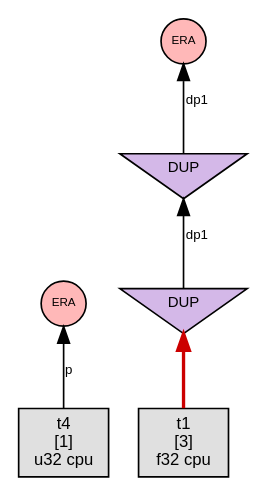
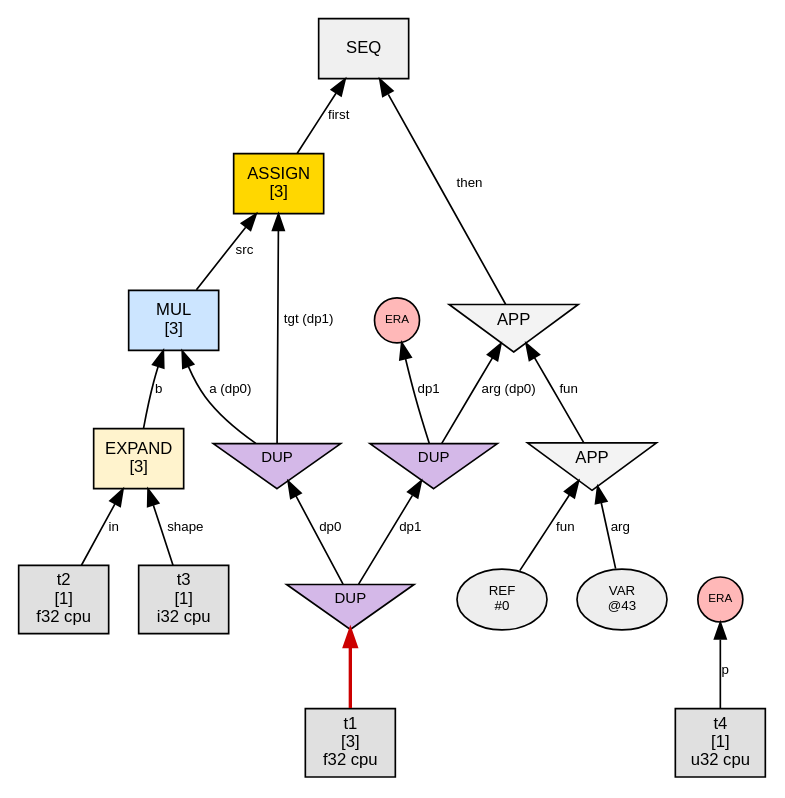
The diagram in phase1_graphs/loop_assign_simple/n2_steps/step_007_interact_VAR.dot (sw1sh/TinyHVM), drawn with Graphviz before and after one commit. The commit also changed 113 other files, not shown here.

First line of the commit message:
fix: step graph quality — init highlight, TAG_SEQ, checker rules

```diff
--- a/phase1_graphs/loop_assign_simple/n2_steps/step_007_interact_VAR.dot
+++ b/phase1_graphs/loop_assign_simple/n2_steps/step_007_interact_VAR.dot
@@ -1,18 +1,42 @@
 digraph G {
   // PREV_INTERACTION: interact_VAR
   // NEXT_INTERACTION: interact_DP1
   rankdir=BT;
   node [fontname="Helvetica", fontsize=10, style=filled, shape=box, margin="0.1,0.05"];
   edge [fontsize=8, fontname="Helvetica"];
 
+  n45 [label="SEQ", shape=box, fillcolor="#f0f0f0"];
+  n47 -> n45 [label="first"];
+  n54 -> n45 [label="then"];
+  n47 [label="ASSIGN\n[3]", shape=box, fillcolor="#ffd700"];
+  dup49 [label="DUP", shape=invtriangle, fillcolor="#d4b8e8", fontsize=9, width=0.7, height=0.5];
+  dup42 -> dup49 [label="dp0"];
+  dup42 [label="DUP", shape=invtriangle, fillcolor="#d4b8e8", fontsize=9, width=0.7, height=0.5];
+  t1 [label="t1\n[3]\nf32 cpu",shape=box,fillcolor="#e0e0e0"];
+  t1 -> dup42 [color="#cc0000",penwidth=2.0];
+  dup49 -> n47 [label="tgt (dp1)"];
+  n50 -> n47 [label="src"];
+  n54 [label="APP", shape=invtriangle, fillcolor="#f3f3f3"];
+  n56 -> n54 [label="fun"];
+  dup41 [label="DUP", shape=invtriangle, fillcolor="#d4b8e8", fontsize=9, width=0.7, height=0.5];
+  dup42 -> dup41 [label="dp1"];
+  dup41 -> n54 [label="arg (dp0)"];
+  n50 [label="MUL\n[3]", shape=box, fillcolor="#cce5ff"];
+  dup49 -> n50 [label="a (dp0)"];
+  n52 -> n50 [label="b"];
+  n52 [label="EXPAND\n[3]", shape=box, fillcolor="#fff3cd"];
+  t2 [label="t2\n[1]\nf32 cpu",shape=box,fillcolor="#e0e0e0"];
+  t2 -> n52 [label="in"];
+  t3 [label="t3\n[1]\ni32 cpu",shape=box,fillcolor="#e0e0e0"];
+  t3 -> n52 [label="shape"];
+  n56 [label="APP", shape=invtriangle, fillcolor="#f3f3f3"];
+  ref56 [label="REF\n#0", shape=oval, fillcolor="#eeeeee", fontsize=8];
+  ref56 -> n56 [label="fun"];
+  var57 [label="VAR\n@43", shape=oval, fillcolor="#eeeeee", fontsize=8];
+  var57 -> n56 [label="arg"];
   era59 [label="ERA",shape=circle,width=0.38,height=0.38,fixedsize=true,fillcolor="#ffb8b8",fontsize=7];
   t4 [label="t4\n[1]\nu32 cpu",shape=box,fillcolor="#e0e0e0"];
   t4 -> era59 [label="p"];
   era61 [label="ERA",shape=circle,width=0.38,height=0.38,fixedsize=true,fillcolor="#ffb8b8",fontsize=7];
-  dup41 [label="DUP", shape=invtriangle, fillcolor="#d4b8e8", fontsize=9, width=0.7, height=0.5];
-  dup42 -> dup41 [label="dp1"];
-  dup42 [label="DUP", shape=invtriangle, fillcolor="#d4b8e8", fontsize=9, width=0.7, height=0.5];
-  t1 [label="t1\n[3]\nf32 cpu",shape=box,fillcolor="#e0e0e0"];
-  t1 -> dup42 [color="#cc0000",penwidth=2.0];
   dup41 -> era61 [label="dp1"];
 }
```
